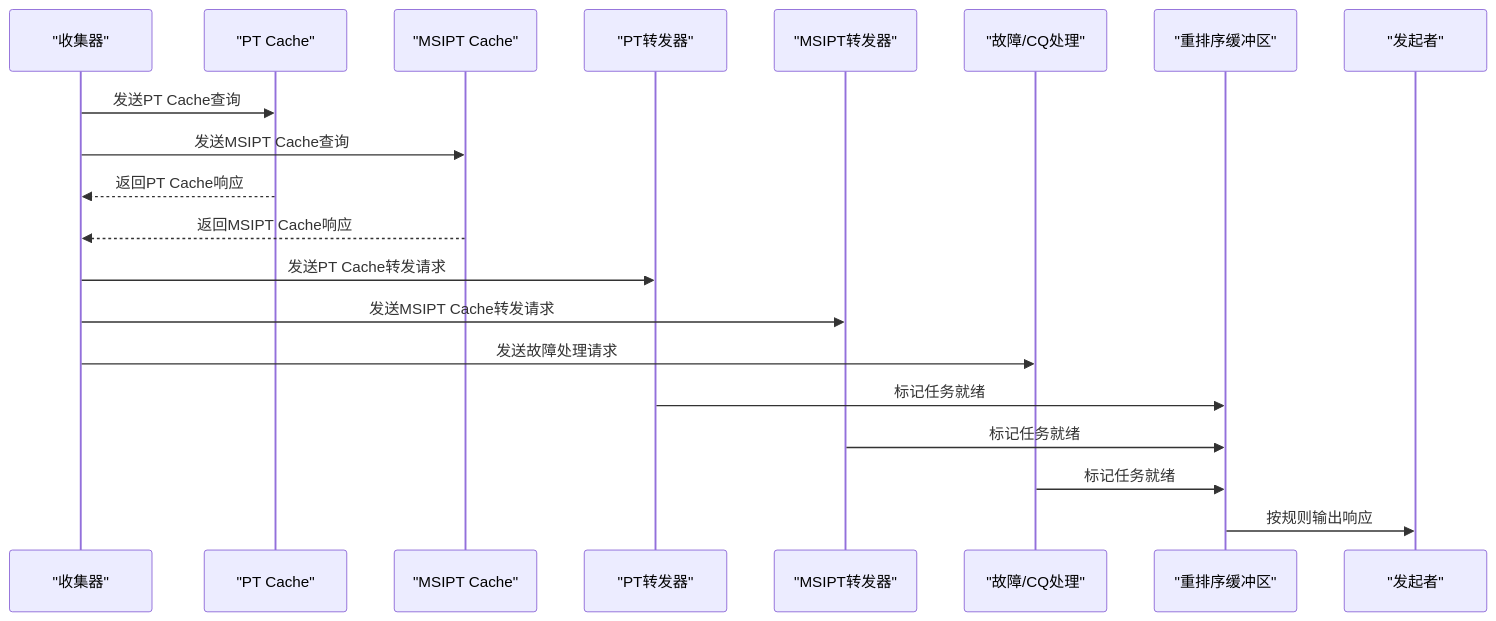
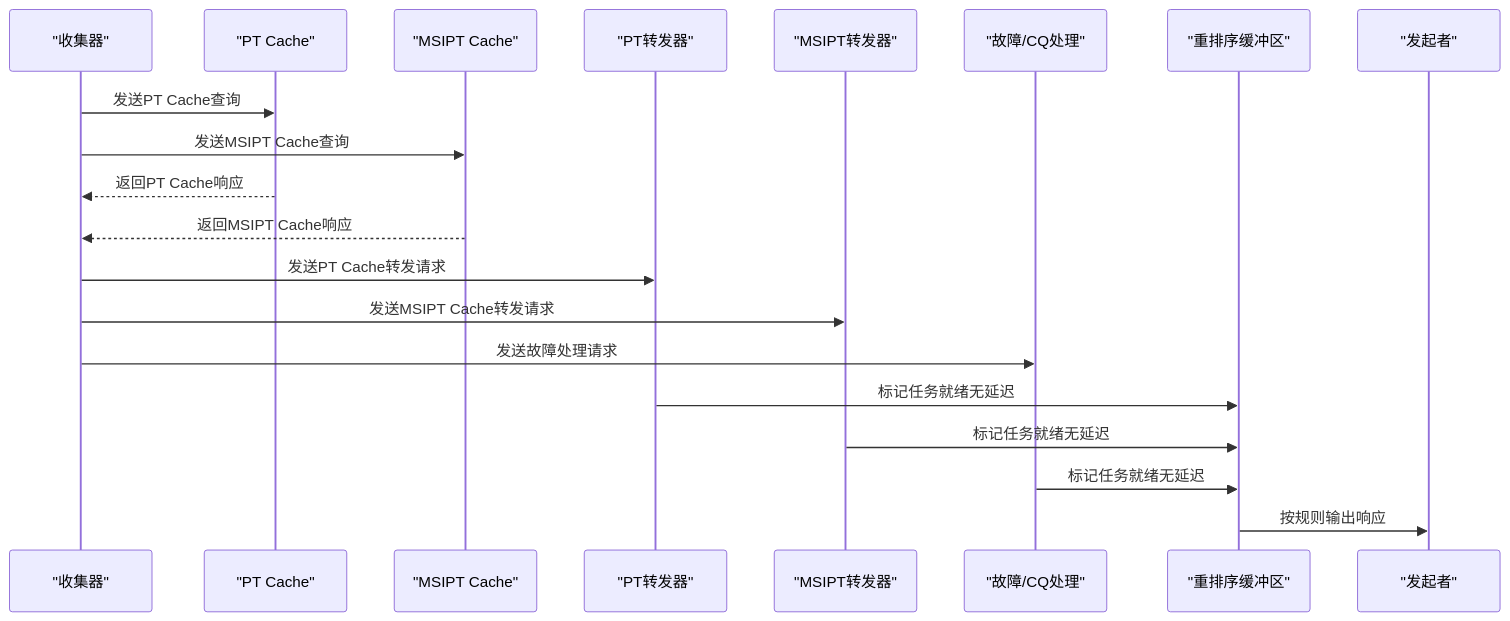
One commit to jiangjiang1122/iommu_model_20260401_v1 changed the second of 8 diagrams in .qoder/repowiki/zh/content/性能模型实现/Forwarder_Fault模块.md. Above: the diagram before and after it, drawn with Mermaid. The commit also changed other lines of this file and 48 other files, not shown here.

````diff
--- a/.qoder/repowiki/zh/content/性能模型实现/Forwarder_Fault模块.md
+++ b/.qoder/repowiki/zh/content/性能模型实现/Forwarder_Fault模块.md
@@ -88,22 +107,22 @@
 ```mermaid
 sequenceDiagram
 participant Collector as "收集器"
 participant PTW as "PT Cache"
 participant MSIPTW as "MSIPT Cache"
 participant PTForwarder as "PT转发器"
 participant MSIPTForwarder as "MSIPT转发器"
 participant FaultCQ as "故障/CQ处理"
 participant Reorder as "重排序缓冲区"
 participant Initiator as "发起者"
 Collector->>PTW : 发送PT Cache查询
 Collector->>MSIPTW : 发送MSIPT Cache查询
 PTW-->>Collector : 返回PT Cache响应
 MSIPTW-->>Collector : 返回MSIPT Cache响应
 Collector->>PTForwarder : 发送PT Cache转发请求
 Collector->>MSIPTForwarder : 发送MSIPT Cache转发请求
 Collector->>FaultCQ : 发送故障处理请求
-PTForwarder->>Reorder : 标记任务就绪
-MSIPTForwarder->>Reorder : 标记任务就绪
-FaultCQ->>Reorder : 标记任务就绪
+PTForwarder->>Reorder : 标记任务就绪无延迟
+MSIPTForwarder->>Reorder : 标记任务就绪无延迟
+FaultCQ->>Reorder : 标记任务就绪无延迟
 Reorder->>Initiator : 按规则输出响应
 ```
````
